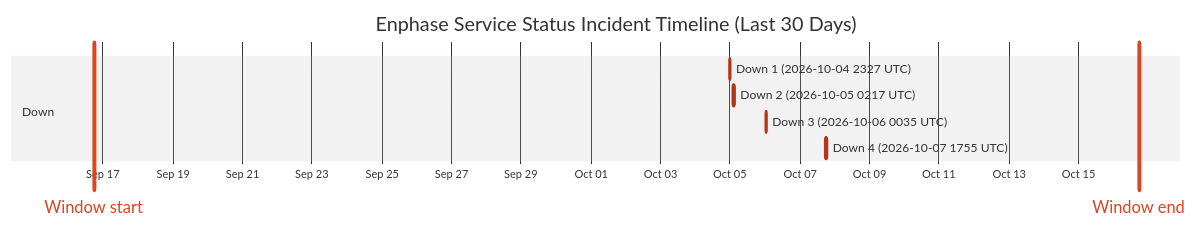
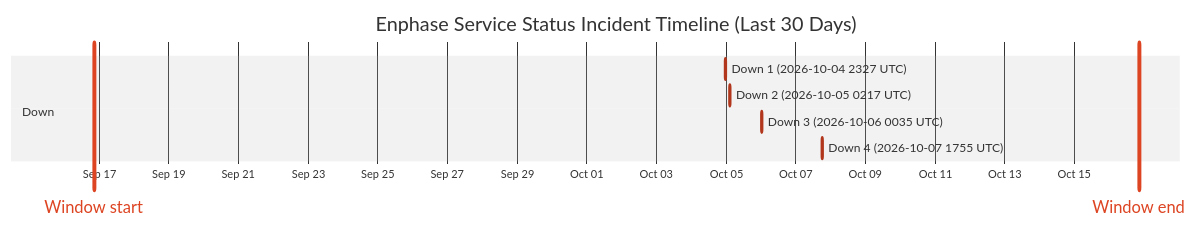
One commit to barneyonline/ha-enphase-energy changed the diagram in wiki/Service-Status-History.md. Above: the diagram before and after it, drawn with Mermaid (neutral theme). The commit also changed other lines of this file and 3 other files, not shown here.

````diff
--- a/wiki/Service-Status-History.md
+++ b/wiki/Service-Status-History.md
@@ -14,13 +14,13 @@
 ```mermaid
 gantt
     title Enphase Service Status Incident Timeline (Last 30 Days)
     dateFormat  YYYY-MM-DDTHH:mm:ss
     axisFormat  %b %d
-    Window start :vert, window-start, 2026-09-16T17:35:49, 0ms
-    Window end :vert, window-end, 2026-10-16T17:35:49, 0ms
+    Window start :vert, window-start, 2026-09-16T20:31:07, 0ms
+    Window end :vert, window-end, 2026-10-16T20:31:07, 0ms
     section Down
     Down 1 (2026-10-04 2327 UTC) :crit, down-1, 2026-10-04T23:27:34, 60m
     Down 2 (2026-10-05 0217 UTC) :crit, down-2, 2026-10-05T02:17:30, 60m
     Down 3 (2026-10-06 0035 UTC) :crit, down-3, 2026-10-06T00:35:21, 60m
     Down 4 (2026-10-07 1755 UTC) :crit, down-4, 2026-10-07T17:55:16, 60m
 ```
````
